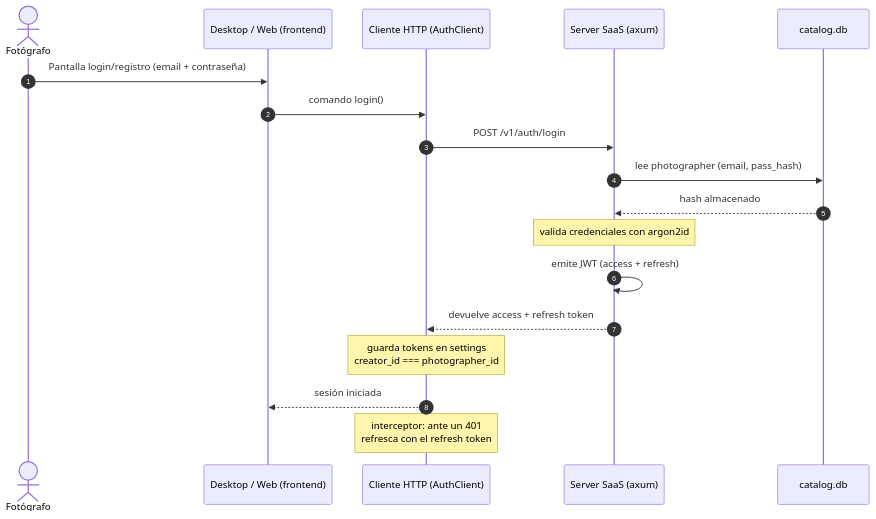
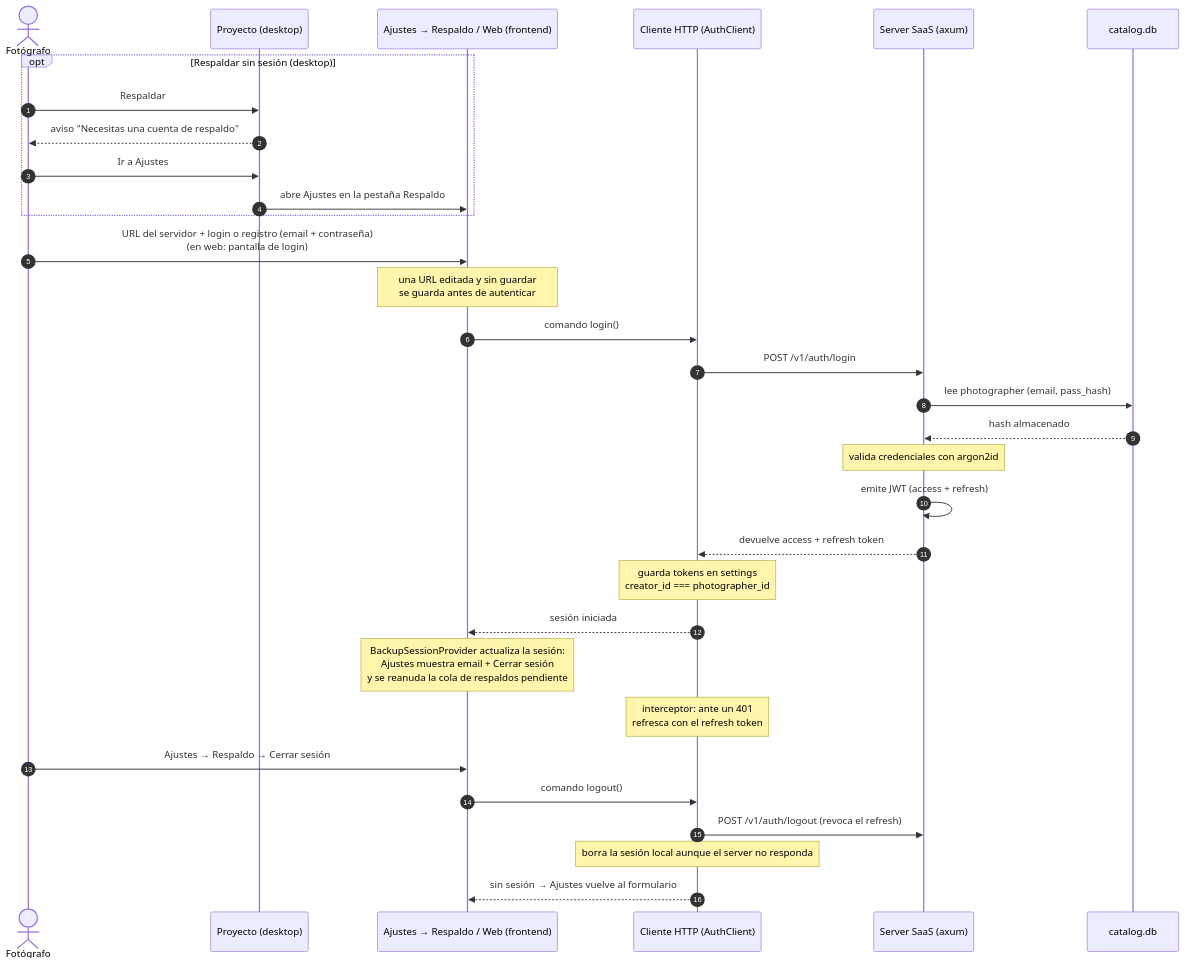
Before and after one commit to everitosan/lumik: the diagram in docs/useCases/wip-flujo-login-cuenta.md, drawn with Mermaid. The commit also changed other lines of this file and 47 other files, not shown here.

First line of the commit message:
feat(backup): respaldos en la barra lateral y sesión en Ajustes

````diff
--- a/docs/useCases/wip-flujo-login-cuenta.md
+++ b/docs/useCases/wip-flujo-login-cuenta.md
@@ -9,21 +9,35 @@
 ```mermaid
 sequenceDiagram
     autonumber
     actor U as Fotógrafo
-    participant FE as Desktop / Web (frontend)
+    participant PR as Proyecto (desktop)
+    participant FE as Ajustes → Respaldo / Web (frontend)
     participant AC as Cliente HTTP (AuthClient)
     participant SV as Server SaaS (axum)
     participant DB as catalog.db
 
-    U->>FE: Pantalla login/registro (email + contraseña)
+    opt Respaldar sin sesión (desktop)
+        U->>PR: Respaldar
+        PR-->>U: aviso "Necesitas una cuenta de respaldo"
+        U->>PR: Ir a Ajustes
+        PR->>FE: abre Ajustes en la pestaña Respaldo
+    end
+    U->>FE: URL del servidor + login o registro (email + contraseña)<br/>(en web: pantalla de login)
+    Note over FE: una URL editada y sin guardar<br/>se guarda antes de autenticar
     FE->>AC: comando login()
     AC->>SV: POST /v1/auth/login
     SV->>DB: lee photographer (email, pass_hash)
     DB-->>SV: hash almacenado
     Note over SV: valida credenciales con argon2id
     SV->>SV: emite JWT (access + refresh)
     SV-->>AC: devuelve access + refresh token
     Note over AC: guarda tokens en settings<br/>creator_id === photographer_id
     AC-->>FE: sesión iniciada
+    Note over FE: BackupSessionProvider actualiza la sesión:<br/>Ajustes muestra email + Cerrar sesión<br/>y se reanuda la cola de respaldos pendiente
     Note over AC: interceptor: ante un 401<br/>refresca con el refresh token
+    U->>FE: Ajustes → Respaldo → Cerrar sesión
+    FE->>AC: comando logout()
+    AC->>SV: POST /v1/auth/logout (revoca el refresh)
+    Note over AC: borra la sesión local aunque el server no responda
+    AC-->>FE: sin sesión → Ajustes vuelve al formulario
 ```
````
